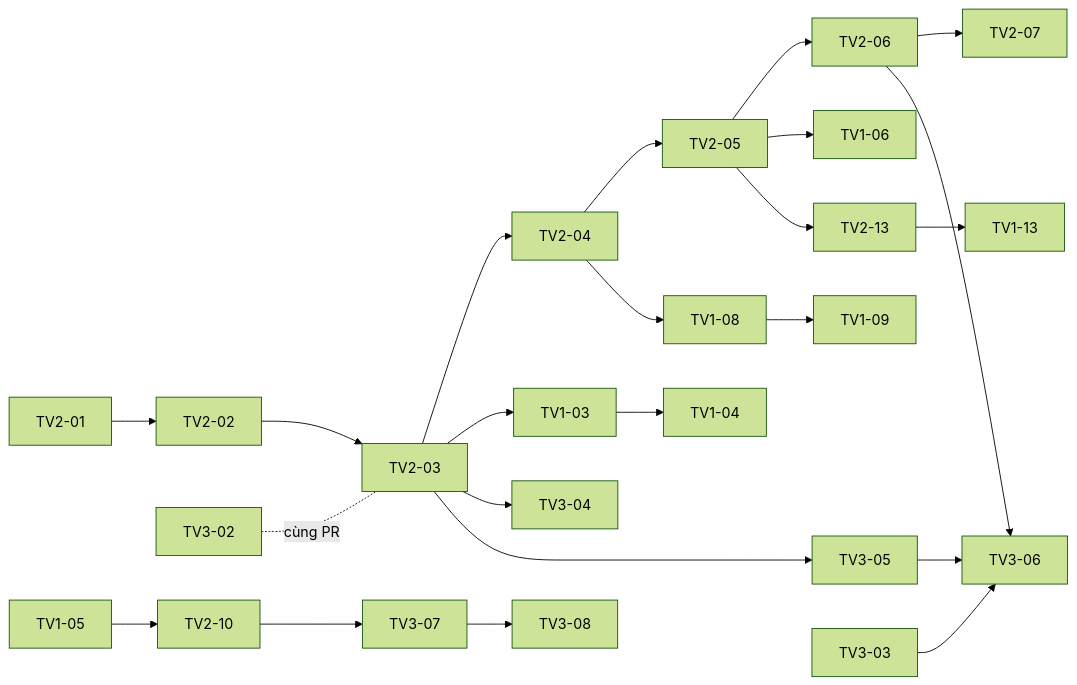
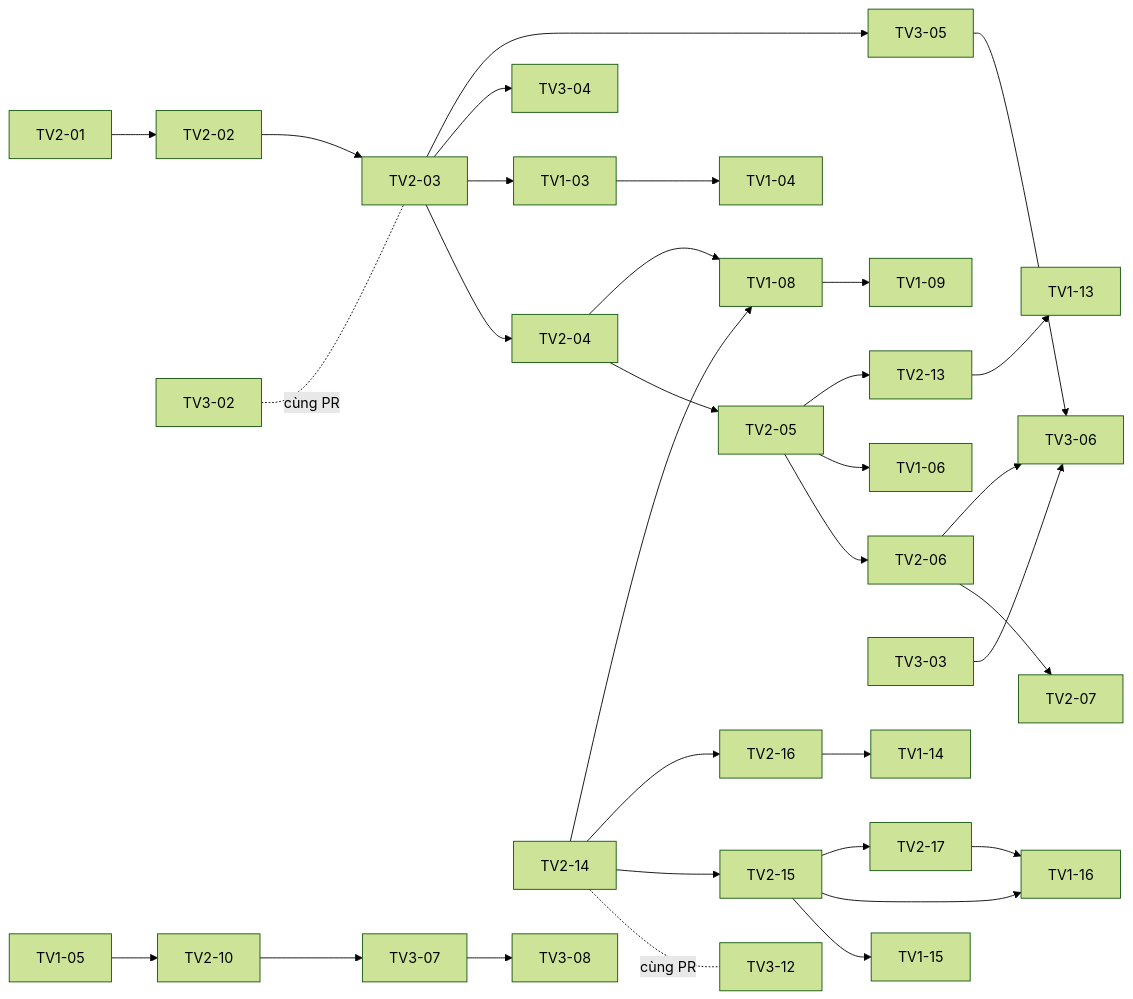
One commit to hoangleviet1031/SE2026-T21 changed the diagram in docs/plan/README.md. Above: the diagram before and after it, drawn with Mermaid (forest theme). The commit also changed other lines of this file and 11 other files, not shown here.

````diff
--- a/docs/plan/README.md
+++ b/docs/plan/README.md
@@ -78,16 +100,22 @@
 ```mermaid
 flowchart LR
   TV2-01 --> TV2-02 --> TV2-03
   TV3-02 -. cùng PR .- TV2-03
   TV2-03 --> TV2-04 --> TV2-05 --> TV2-06 --> TV2-07
   TV2-03 --> TV1-03 --> TV1-04
   TV2-03 --> TV3-04
   TV2-03 --> TV3-05 --> TV3-06
   TV2-05 --> TV1-06
   TV2-06 --> TV3-06
   TV2-04 --> TV1-08 --> TV1-09
   TV1-05 --> TV2-10
   TV2-10 --> TV3-07 --> TV3-08
   TV2-05 --> TV2-13 --> TV1-13
   TV3-03 --> TV3-06
+  TV2-14 -. cùng PR .- TV3-12
+  TV2-14 --> TV2-15 --> TV1-15
+  TV2-14 --> TV2-16 --> TV1-14
+  TV2-14 --> TV1-08
+  TV2-15 --> TV1-16
+  TV2-15 --> TV2-17 --> TV1-16
 ```
````
